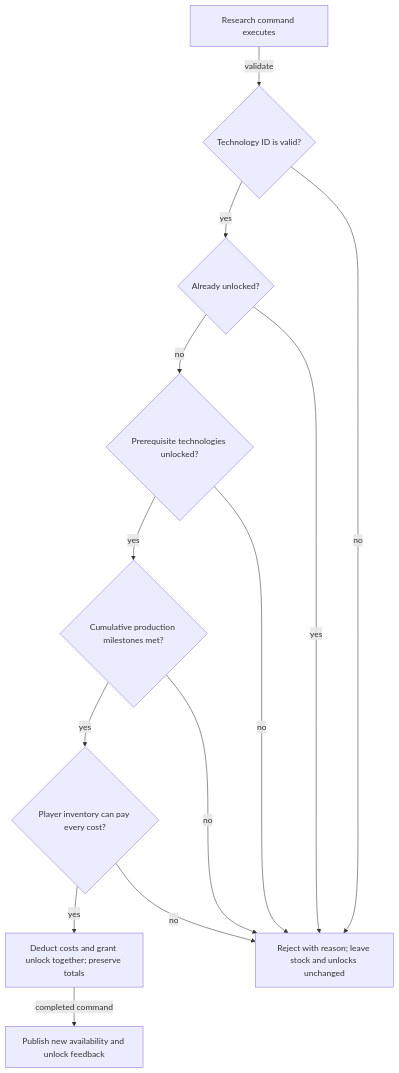
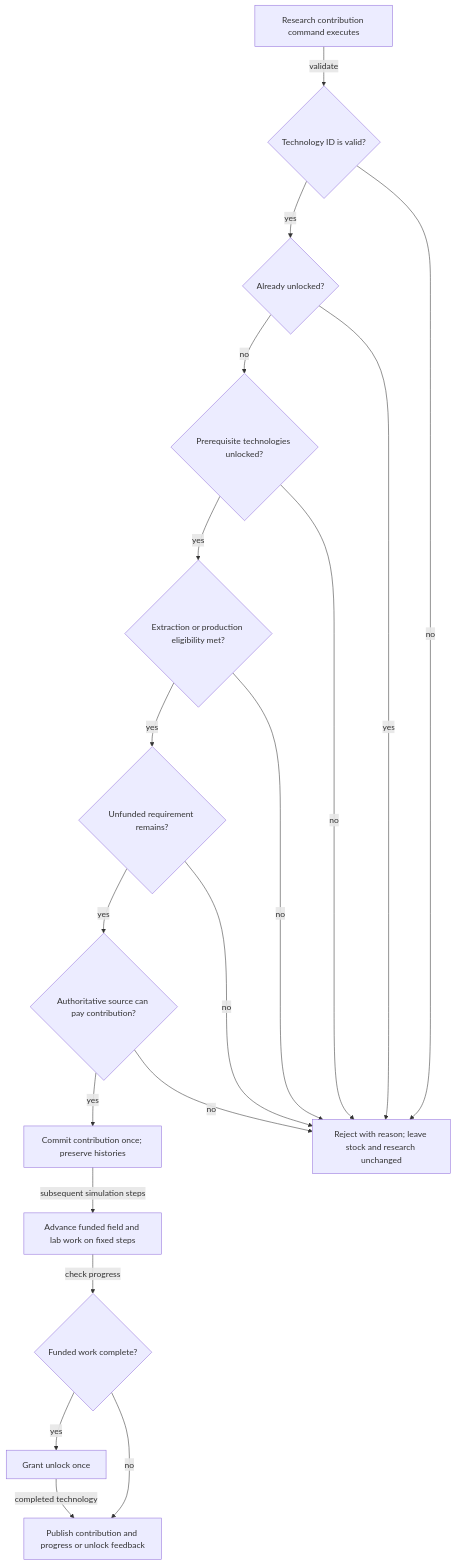
Before and after one commit to Googlproxer/Scrapworks: the fifth of 5 diagrams in docs/plans/README.md, drawn with Mermaid. The commit also changed other lines of this file and 201 other files, not shown here.

````diff
--- a/docs/plans/README.md
+++ b/docs/plans/README.md
@@ -263,25 +267,35 @@
 ```mermaid
 flowchart TB
-    Command[Research command executes]
+    Command[Research contribution command executes]
     Known{Technology ID is valid?}
     Unlocked{Already unlocked?}
     Prerequisites{Prerequisite technologies unlocked?}
-    Totals{Cumulative production milestones met?}
-    Stock{Player inventory can pay every cost?}
-    Commit[Deduct costs and grant unlock together; preserve totals]
-    Publish[Publish new availability and unlock feedback]
-    Reject[Reject with reason; leave stock and unlocks unchanged]
+    Totals{Extraction or production eligibility met?}
+    Demand{Unfunded requirement remains?}
+    Stock{Authoritative source can pay contribution?}
+    Commit[Commit contribution once; preserve histories]
+    Work[Advance funded field and lab work on fixed steps]
+    Complete{Funded work complete?}
+    Unlock[Grant unlock once]
+    Publish[Publish contribution and progress or unlock feedback]
+    Reject[Reject with reason; leave stock and research unchanged]
 
     Command -->|validate| Known
     Known -->|yes| Unlocked
     Known -->|no| Reject
     Unlocked -->|yes| Reject
     Unlocked -->|no| Prerequisites
     Prerequisites -->|yes| Totals
     Prerequisites -->|no| Reject
-    Totals -->|yes| Stock
+    Totals -->|yes| Demand
     Totals -->|no| Reject
+    Demand -->|yes| Stock
+    Demand -->|no| Reject
     Stock -->|yes| Commit
     Stock -->|no| Reject
-    Commit -->|completed command| Publish
+    Commit -->|subsequent simulation steps| Work
+    Work -->|check progress| Complete
+    Complete -->|yes| Unlock
+    Complete -->|no| Publish
+    Unlock -->|completed technology| Publish
 ```
````
